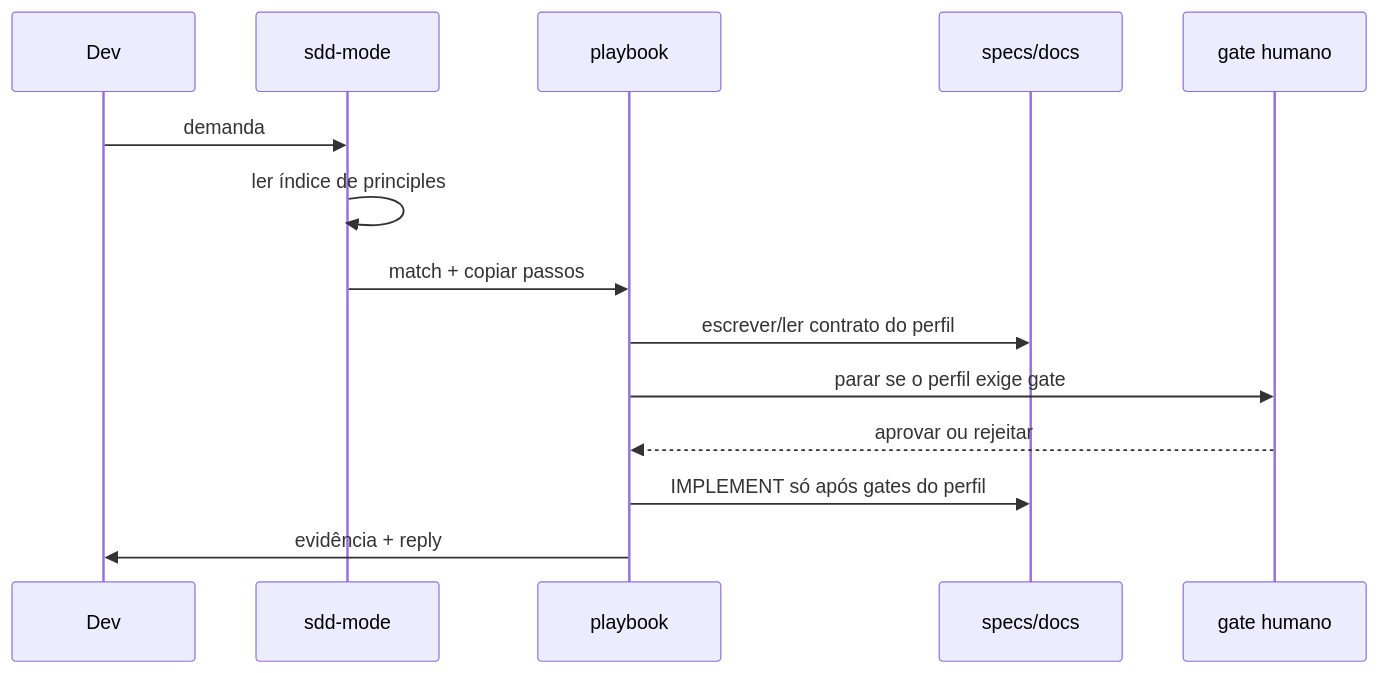
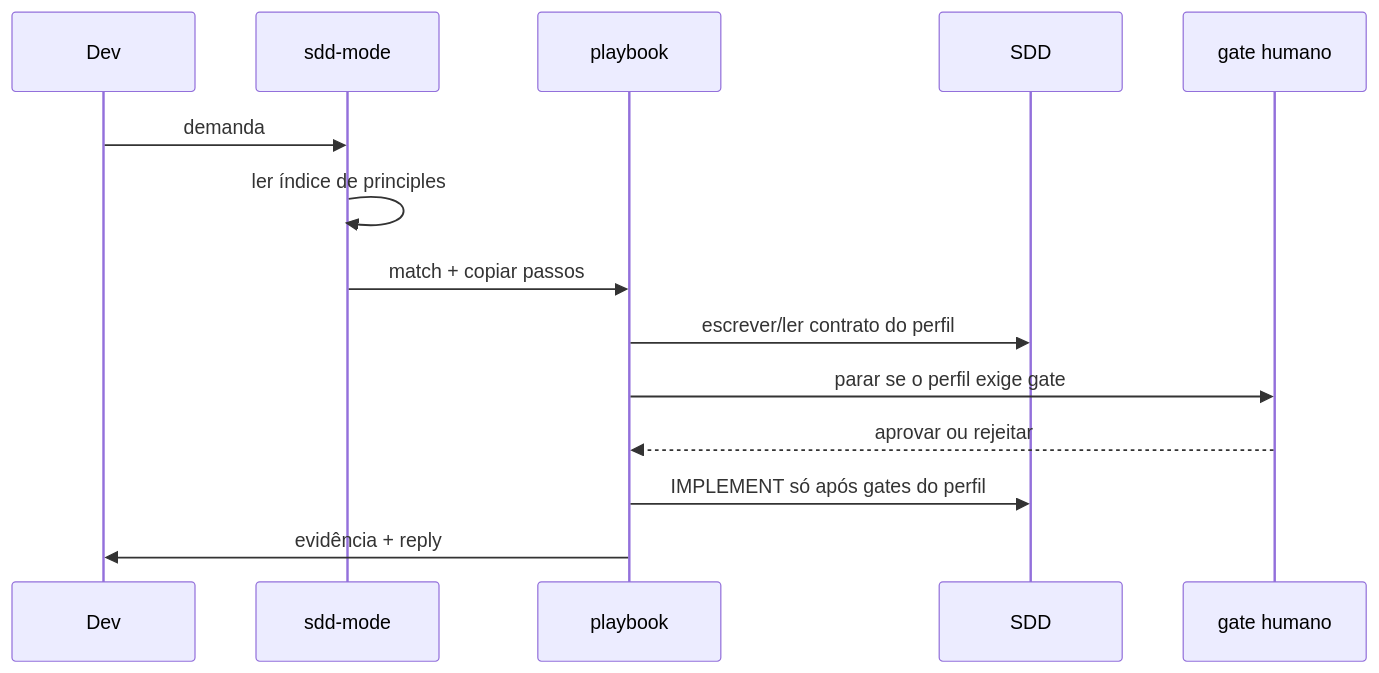
The diagram in SDD/modules/SPEC_SDD_MODE.md (theb4w/sdd-starter), drawn with Mermaid before and after one commit. The commit also changed other lines of this file and 10 other files, not shown here.

First line of the commit message:
docs: clean SDD workflow and pack artifacts

````diff
--- a/SDD/modules/SPEC_SDD_MODE.md
+++ b/SDD/modules/SPEC_SDD_MODE.md
@@ -47,17 +47,17 @@
 ```mermaid
 sequenceDiagram
     participant Dev
     participant Mode as sdd-mode
     participant Book as playbook
-    participant Artifacts as specs/docs
+    participant Artifacts as SDD
     participant Human as gate humano
 
     Dev->>Mode: demanda
     Mode->>Mode: ler índice de principles
     Mode->>Book: match + copiar passos
     Book->>Artifacts: escrever/ler contrato do perfil
     Book->>Human: parar se o perfil exige gate
     Human-->>Book: aprovar ou rejeitar
     Book->>Artifacts: IMPLEMENT só após gates do perfil
     Book->>Dev: evidência + reply
 ```
````
